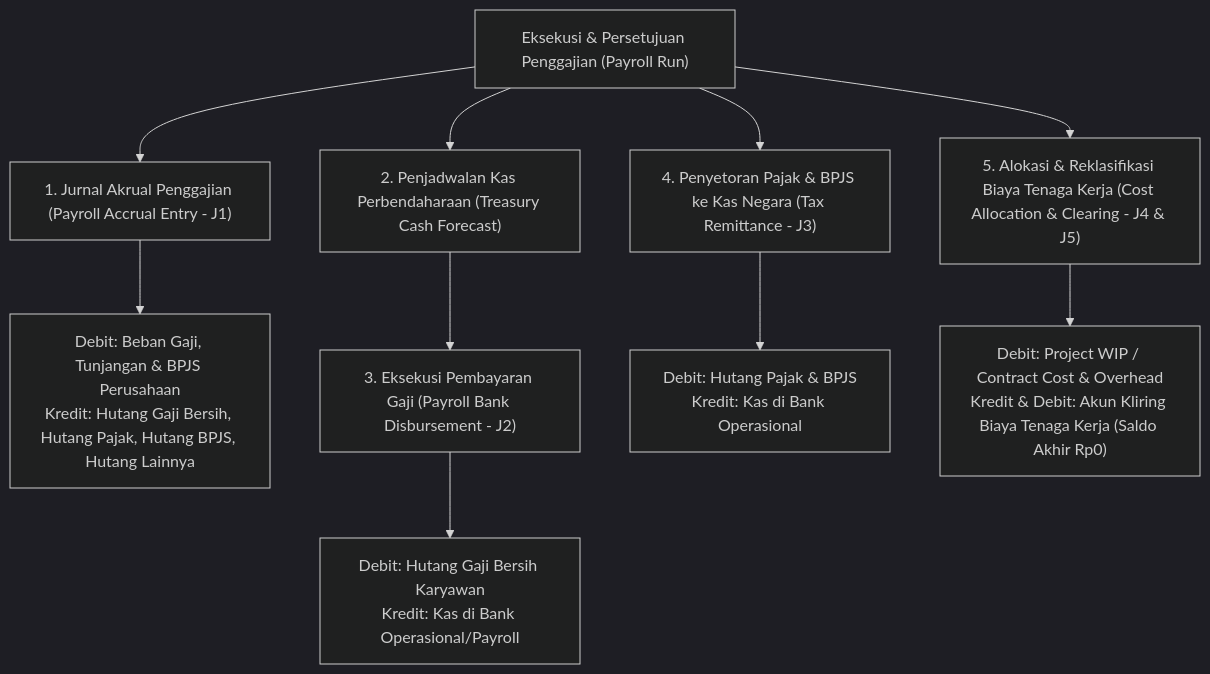
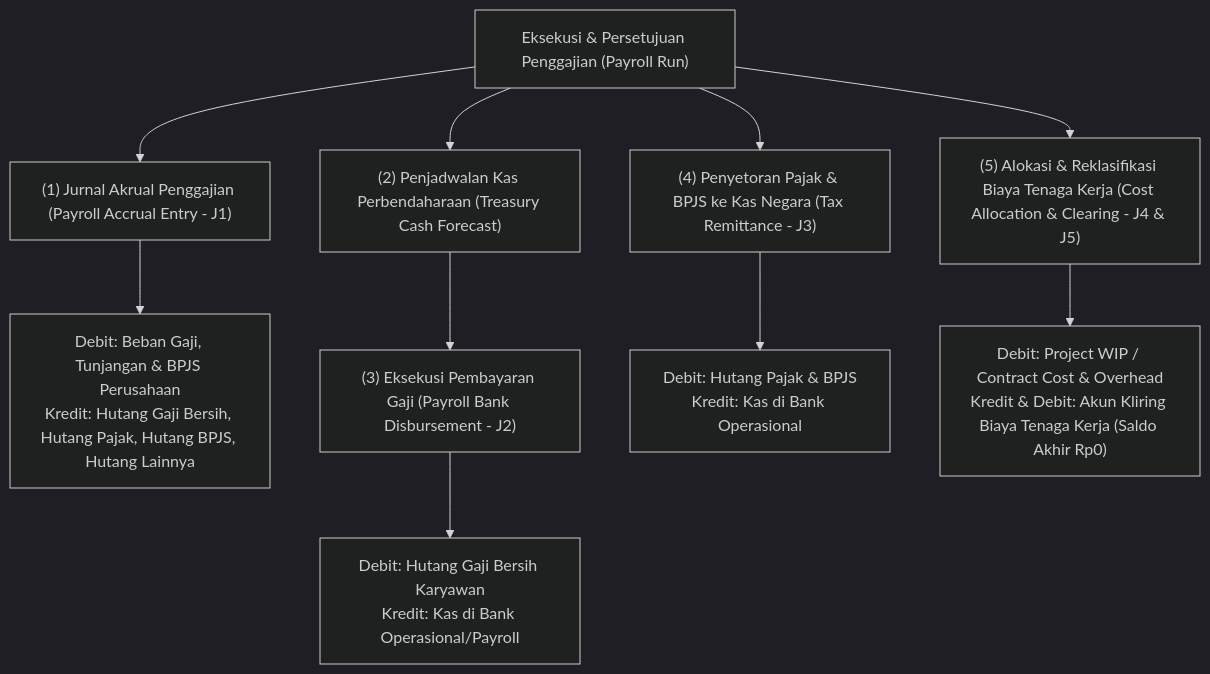
Before and after one commit to alimurrofid/erp-notes: the diagram in content/10-hr/payroll-accounting-and-finance-integration.md, drawn with Mermaid (dark theme). The commit also changed 132 other files, not shown here.

````diff
--- a/content/10-hr/payroll-accounting-and-finance-integration.md
+++ b/content/10-hr/payroll-accounting-and-finance-integration.md
@@ -29,15 +29,15 @@
 ```mermaid
 flowchart TD
-    A["Eksekusi & Persetujuan Penggajian (Payroll Run)"] --> B["1. Jurnal Akrual Penggajian (Payroll Accrual Entry - J1)"]
+    A["Eksekusi & Persetujuan Penggajian (Payroll Run)"] --> B["(1) Jurnal Akrual Penggajian (Payroll Accrual Entry - J1)"]
     B --> C["Debit: Beban Gaji, Tunjangan & BPJS Perusahaan<br/>Kredit: Hutang Gaji Bersih, Hutang Pajak, Hutang BPJS, Hutang Lainnya"]
     
-    A --> D["2. Penjadwalan Kas Perbendaharaan (Treasury Cash Forecast)"]
-    D --> E["3. Eksekusi Pembayaran Gaji (Payroll Bank Disbursement - J2)"]
+    A --> D["(2) Penjadwalan Kas Perbendaharaan (Treasury Cash Forecast)"]
+    D --> E["(3) Eksekusi Pembayaran Gaji (Payroll Bank Disbursement - J2)"]
     E --> F["Debit: Hutang Gaji Bersih Karyawan<br/>Kredit: Kas di Bank Operasional/Payroll"]
     
-    A --> G["4. Penyetoran Pajak & BPJS ke Kas Negara (Tax Remittance - J3)"]
+    A --> G["(4) Penyetoran Pajak & BPJS ke Kas Negara (Tax Remittance - J3)"]
     G --> H["Debit: Hutang Pajak & BPJS<br/>Kredit: Kas di Bank Operasional"]
     
-    A --> I["5. Alokasi & Reklasifikasi Biaya Tenaga Kerja (Cost Allocation & Clearing - J4 & J5)"]
+    A --> I["(5) Alokasi & Reklasifikasi Biaya Tenaga Kerja (Cost Allocation & Clearing - J4 & J5)"]
     I --> J["Debit: Project WIP / Contract Cost & Overhead<br/>Kredit & Debit: Akun Kliring Biaya Tenaga Kerja (Saldo Akhir Rp0)"]
 ```
````
